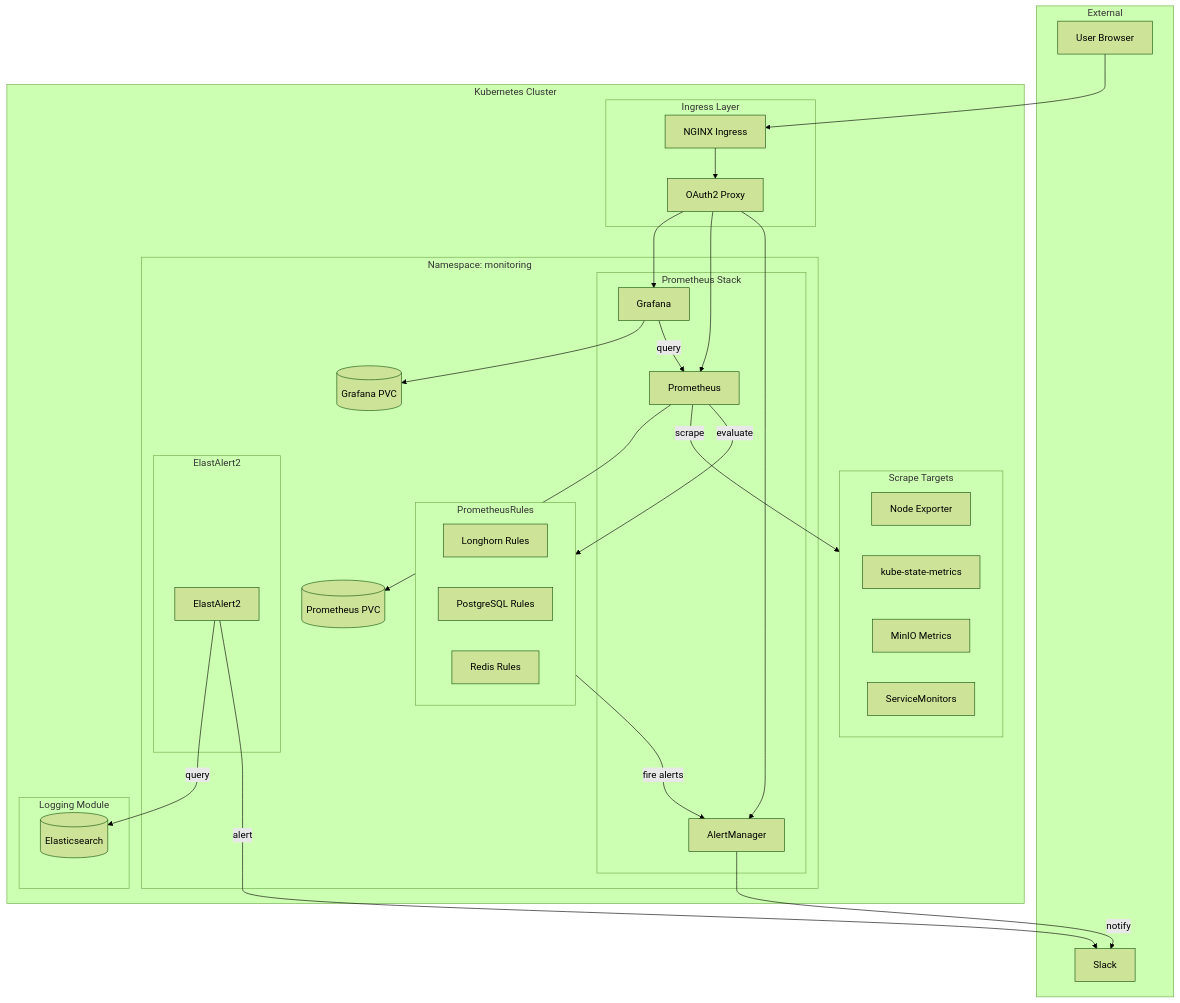
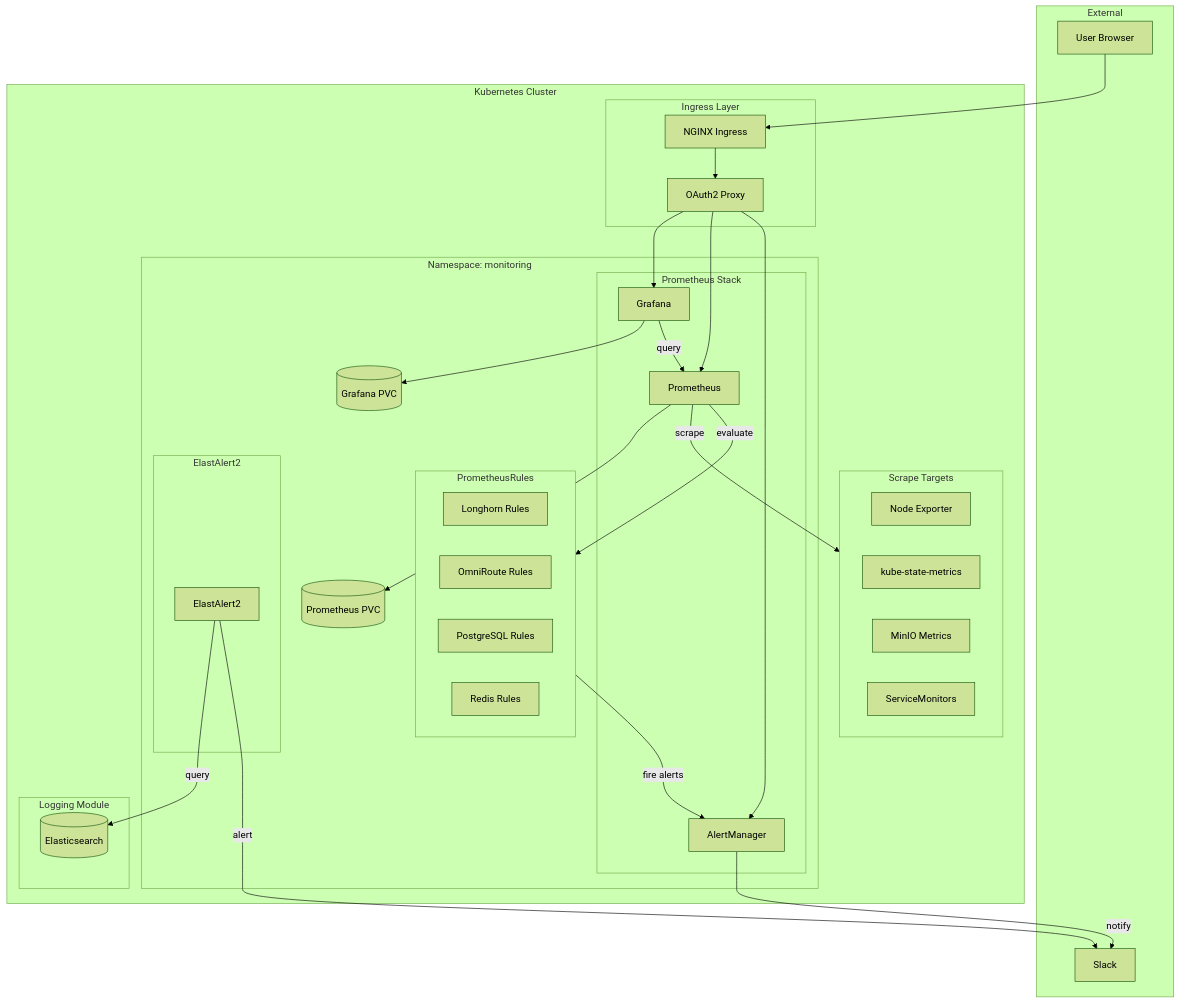
Before and after one commit to chrisleekr/homelab-infrastructure: the first of 2 diagrams in stage2/monitoring/README.md, drawn with Mermaid (forest theme). The commit also changed other lines of this file and 31 other files, not shown here.

Commit message:
chore: bump tooling, node and chart versions; close OmniRoute alias gate bypass (#102)

````diff
--- a/stage2/monitoring/README.md
+++ b/stage2/monitoring/README.md
@@ -7,64 +7,65 @@
 ```mermaid
 flowchart TB
     subgraph external [External]
         User[User Browser]
         Slack[Slack]
     end
 
     subgraph k8s [Kubernetes Cluster]
         subgraph ingress [Ingress Layer]
             Nginx[NGINX Ingress]
             OAuth[OAuth2 Proxy]
         end
 
         subgraph ns [Namespace: monitoring]
             subgraph prom [Prometheus Stack]
                 Prometheus[Prometheus]
                 Grafana[Grafana]
                 AlertManager[AlertManager]
             end
 
             subgraph elastic [ElastAlert2]
                 ElastAlert[ElastAlert2]
             end
 
             subgraph rules [PrometheusRules]
                 LonghornRules[Longhorn Rules]
+                OmniRouteRules[OmniRoute Rules]
                 PostgresRules[PostgreSQL Rules]
                 RedisRules[Redis Rules]
             end
 
             PromPVC[(Prometheus PVC)]
             GrafanaPVC[(Grafana PVC)]
         end
 
         subgraph targets [Scrape Targets]
             NodeExporter[Node Exporter]
             KubeStateMetrics[kube-state-metrics]
             MinIO[MinIO Metrics]
             ServiceMonitors[ServiceMonitors]
         end
 
         subgraph logging [Logging Module]
             Elasticsearch[(Elasticsearch)]
         end
     end
 
     User --> Nginx
     Nginx --> OAuth
     OAuth --> Grafana
     OAuth --> Prometheus
     OAuth --> AlertManager
 
     Prometheus -->|scrape| targets
     Prometheus --> PromPVC
     Prometheus -->|evaluate| rules
     rules -->|fire alerts| AlertManager
     AlertManager -->|notify| Slack
 
     ElastAlert -->|query| Elasticsearch
     ElastAlert -->|alert| Slack
 
     Grafana --> GrafanaPVC
     Grafana -->|query| Prometheus
 ```
````
